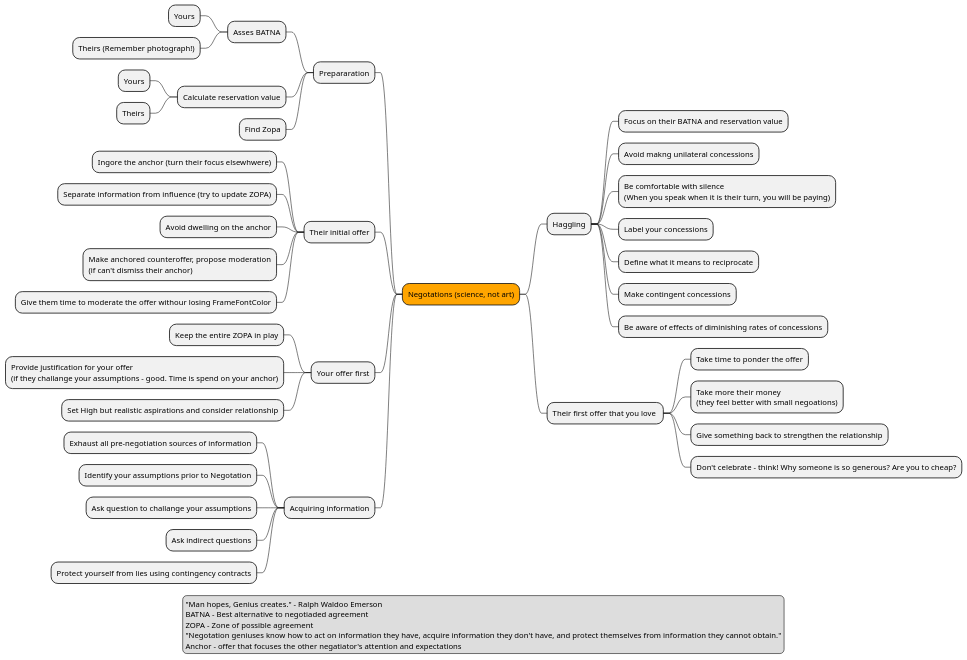
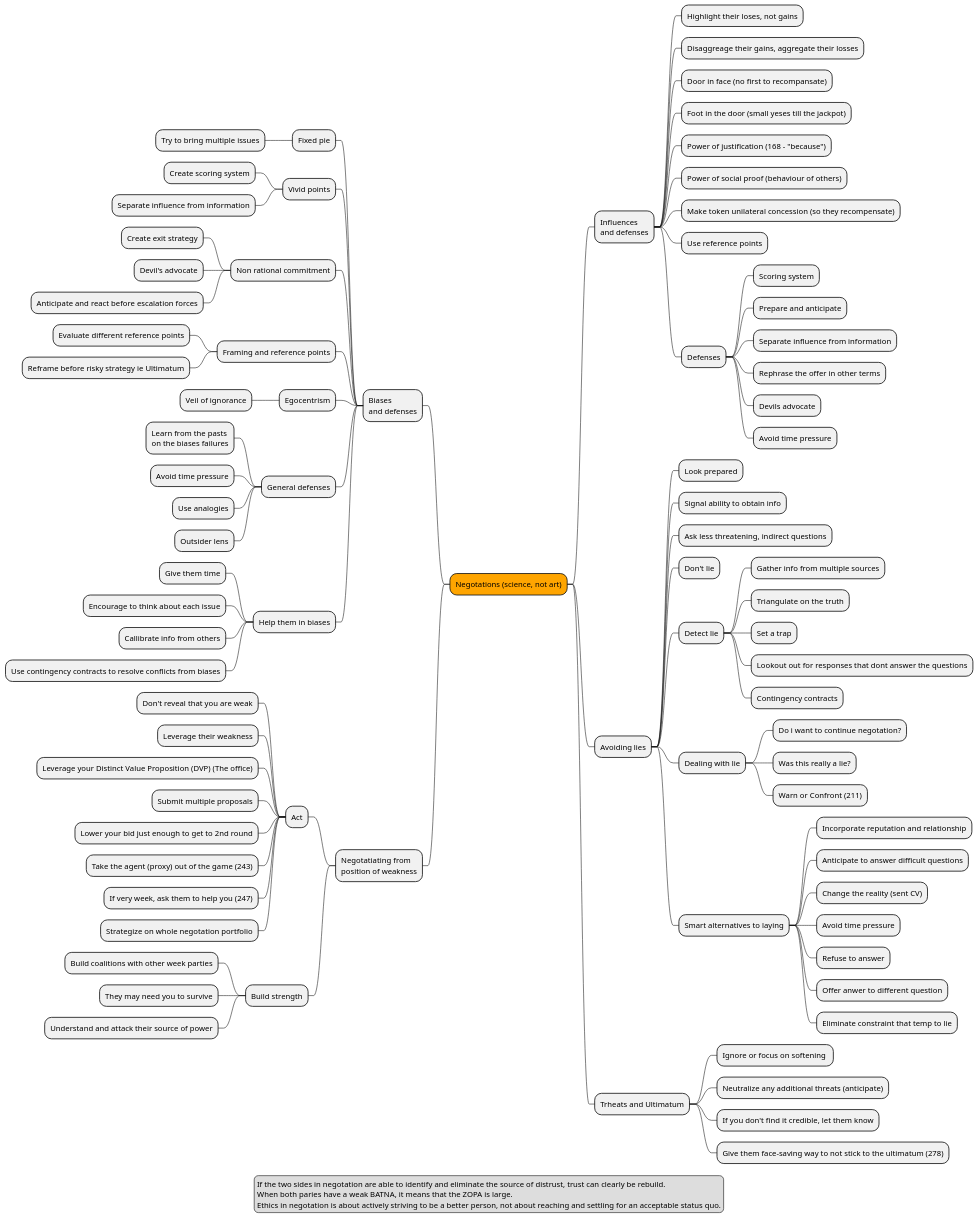
Before and after one commit to marcingolenia/books-mindmaps: the diagram in soft/negotation.pu, drawn with PlantUML. The commit also changed 1 other file, not shown here.

Commit message:
negotation genius finished

```diff
--- a/soft/negotation.pu
+++ b/soft/negotation.pu
@@ -1,57 +1,101 @@
 @startmindmap
 *[#Orange] Negotations (science, not art)
 left side
-** Prepararation
-*** Asses BATNA
-**** Yours
-**** Theirs (Remember photograph!)
-*** Calculate reservation value
-**** Yours
-**** Theirs
-*** Find Zopa
+** Biases\nand defenses
+*** Fixed pie
+**** Try to bring multiple issues
+*** Vivid points
+**** Create scoring system
+**** Separate influence from information
+*** Non rational commitment
+**** Create exit strategy
+**** Devil's advocate
+**** Anticipate and react before escalation forces
+*** Framing and reference points
+**** Evaluate different reference points
+**** Reframe before risky strategy ie Ultimatum
+*** Egocentrism
+**** Veil of ignorance
+*** General defenses
+**** Learn from the pasts\non the biases failures
+**** Avoid time pressure
+**** Use analogies
+**** Outsider lens
+*** Help them in biases
+**** Give them time
+**** Encourage to think about each issue
+**** Callibrate info from others
+**** Use contingency contracts to resolve conflicts from biases
 
-** Their initial offer
-*** Ingore the anchor (turn their focus elsewhwere)
-*** Separate information from influence (try to update ZOPA)
-*** Avoid dwelling on the anchor
-*** Make anchored counteroffer, propose moderation\n(if can't dismiss their anchor)
-*** Give them time to moderate the offer withour losing FrameFontColor
-
-** Your offer first
-*** Keep the entire ZOPA in play
-*** Provide justification for your offer\n(if they challange your assumptions - good. Time is spend on your anchor)
-*** Set High but realistic aspirations and consider relationship
-
-** Acquiring information
-*** Exhaust all pre-negotiation sources of information
-*** Identify your assumptions prior to Negotation
-*** Ask question to challange your assumptions
-*** Ask indirect questions
-*** Protect yourself from lies using contingency contracts
-
-right side
-** Haggling
-*** Focus on their BATNA and reservation value
-*** Avoid makng unilateral concessions
-*** Be comfortable with silence\n(When you speak when it is their turn, you will be paying)
-*** Label your concessions
-*** Define what it means to reciprocate
-*** Make contingent concessions
-*** Be aware of effects of diminishing rates of concessions
-
-** Their first offer that you love 
-*** Take time to ponder the offer
-*** Take more their money\n(they feel better with small negoations)
-*** Give something back to strengthen the relationship
-*** Don't celebrate - think! Why someone is so generous? Are you to cheap?
+** Negotatiating from\nposition of weakness
+*** Act
+**** Don't reveal that you are weak
+**** Leverage their weakness
+**** Leverage your Distinct Value Proposition (DVP) (The office)
+**** Submit multiple proposals
+**** Lower your bid just enough to get to 2nd round
+**** Take the agent (proxy) out of the game (243)
+**** If very week, ask them to help you (247)
+**** Strategize on whole negotation portfolio
+*** Build strength
+**** Build coalitions with other week parties
+**** They may need you to survive
+**** Understand and attack their source of power
 
 
 
+right side
+** Influences\nand defenses
+*** Highlight their loses, not gains
+*** Disaggreage their gains, aggregate their losses
+*** Door in face (no first to recompansate)
+*** Foot in the door (small yeses till the jackpot)
+*** Power of justification (168 - "because")
+*** Power of social proof (behaviour of others)
+*** Make token unilateral concession (so they recompensate)
+*** Use reference points
+*** Defenses
+**** Scoring system
+**** Prepare and anticipate
+**** Separate influence from information
+**** Rephrase the offer in other terms
+**** Devils advocate
+**** Avoid time pressure
+
+** Avoiding lies
+*** Look prepared
+*** Signal ability to obtain info
+*** Ask less threatening, indirect questions
+*** Don't lie
+*** Detect lie
+**** Gather info from multiple sources
+**** Triangulate on the truth
+**** Set a trap
+**** Lookout out for responses that dont answer the questions
+**** Contingency contracts
+*** Dealing with lie
+**** Do i want to continue negotation?
+**** Was this really a lie?
+**** Warn or Confront (211)
+*** Smart alternatives to laying
+**** Incorporate reputation and relationship
+**** Anticipate to answer difficult questions
+**** Change the reality (sent CV)
+**** Avoid time pressure
+**** Refuse to answer
+**** Offer anwer to different question
+**** Eliminate constraint that temp to lie
+
+** Trheats and Ultimatum
+*** Ignore or focus on softening 
+*** Neutralize any additional threats (anticipate)
+*** If you don't find it credible, let them know
+*** Give them face-saving way to not stick to the ultimatum (278)
+
+
 legend
-"Man hopes, Genius creates." - Ralph Waldoo Emerson
-BATNA - Best alternative to negotiaded agreement
-ZOPA - Zone of possible agreement
-"Negotation geniuses know how to act on information they have, acquire information they don't have, and protect themselves from information they cannot obtain."
-Anchor - offer that focuses the other negatiator's attention and expectations
+If the two sides in negotation are able to identify and eliminate the source of distrust, trust can clearly be rebuild.
+When both paries have a weak BATNA, it means that the ZOPA is large.
+Ethics in negotation is about actively striving to be a better person, not about reaching and settling for an acceptable status quo.
 endlegend
 @endmindmap
```
